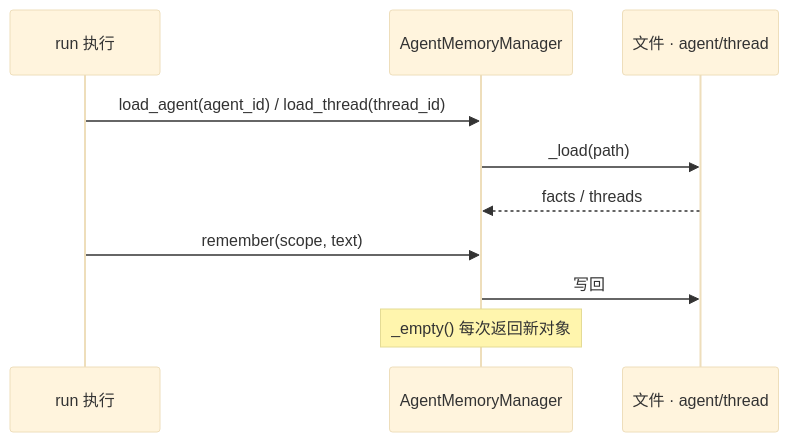
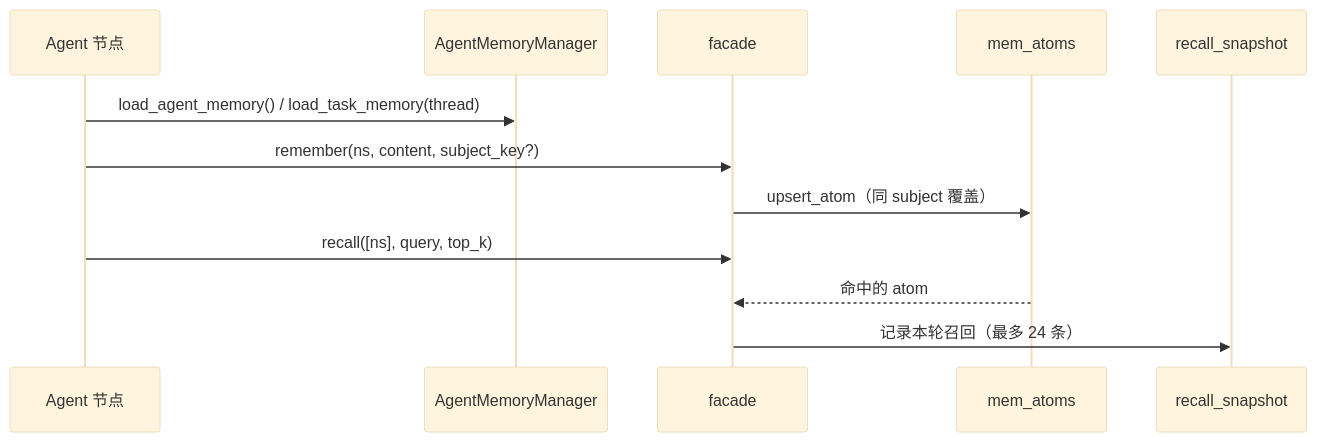
The diagram in work-agent-harness/doc/evoflow-学习规划/04-记忆与长期资产/01-短期记忆与长期记忆.md (G0-000/agent-book), drawn with Mermaid (base theme) before and after one commit. The commit also changed other lines of this file and 4 other files, not shown here.

````diff
--- a/work-agent-harness/doc/evoflow-学习规划/04-记忆与长期资产/01-短期记忆与长期记忆.md
+++ b/work-agent-harness/doc/evoflow-学习规划/04-记忆与长期资产/01-短期记忆与长期记忆.md
@@ -13,12 +17,14 @@
 ```mermaid
 sequenceDiagram
-    participant R as run 执行
+    participant A as Agent 节点
     participant M as AgentMemoryManager
-    participant F as 文件 · agent/thread
-    R->>M: load_agent(agent_id) / load_thread(thread_id)
-    M->>F: _load(path)
-    F-->>M: facts / threads
-    R->>M: remember(scope, text)
-    M->>F: 写回
-    Note over M: _empty() 每次返回新对象
+    participant F as facade
+    participant S as mem_atoms
+    participant R as recall_snapshot
+    A->>M: load_agent_memory() / load_task_memory(thread)
+    A->>F: remember(ns, content, subject_key?)
+    F->>S: upsert_atom（同 subject 覆盖）
+    A->>F: recall([ns], query, top_k)
+    S-->>F: 命中的 atom
+    F->>R: 记录本轮召回（最多 24 条）
 ```
````
